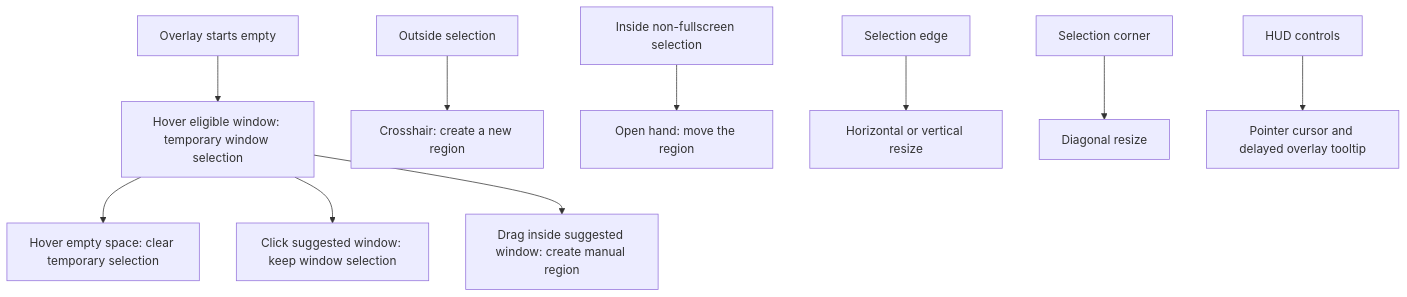
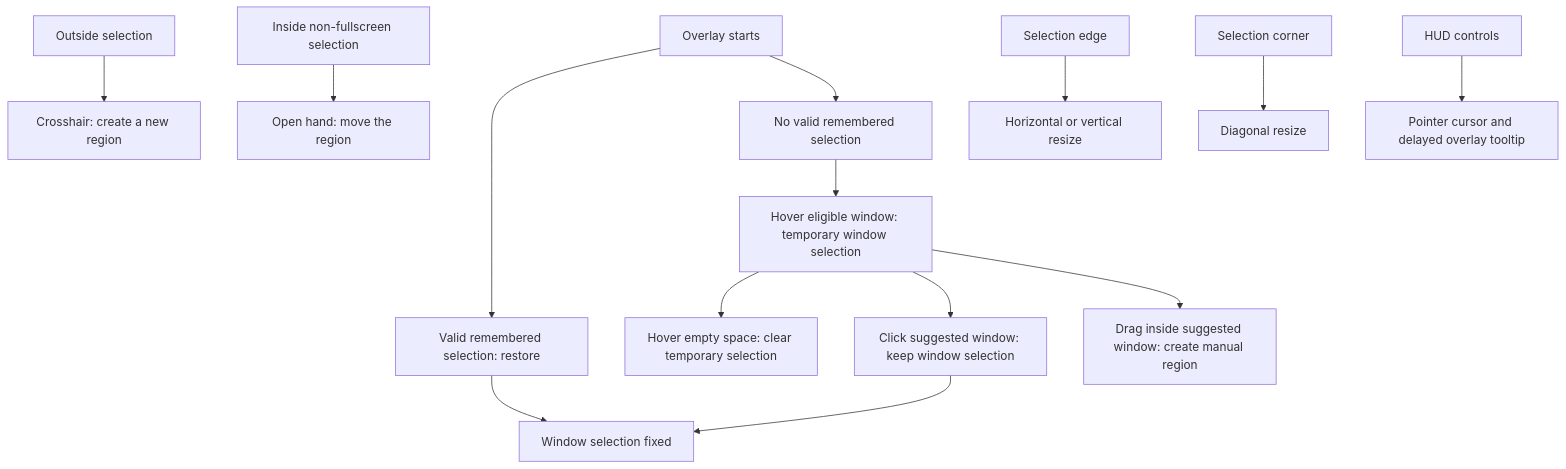
Before and after one commit to deweyou/frame: the diagram in docs/overlay-interactions.md, drawn with Mermaid. The commit also changed other lines of this file and 35 other files, not shown here.

````diff
--- a/docs/overlay-interactions.md
+++ b/docs/overlay-interactions.md
@@ -3,12 +3,16 @@
 ```mermaid
 flowchart TD
-    Start["Overlay starts empty"] --> HoverWindow["Hover eligible window: temporary window selection"]
+    Start["Overlay starts"] --> Restored["Valid remembered selection: restore"]
+    Start --> Empty["No valid remembered selection"]
+    Empty --> HoverWindow["Hover eligible window: temporary window selection"]
+    Restored --> Fixed["Window selection fixed"]
     HoverWindow --> HoverEmpty["Hover empty space: clear temporary selection"]
     HoverWindow --> Click["Click suggested window: keep window selection"]
+    Click --> Fixed
     HoverWindow --> DragInside["Drag inside suggested window: create manual region"]
     Outside["Outside selection"] --> Create["Crosshair: create a new region"]
     Inside["Inside non-fullscreen selection"] --> Move["Open hand: move the region"]
     Edge["Selection edge"] --> EdgeResize["Horizontal or vertical resize"]
     Corner["Selection corner"] --> CornerResize["Diagonal resize"]
     HUD["HUD controls"] --> Pointer["Pointer cursor and delayed overlay tooltip"]
 ```
````
